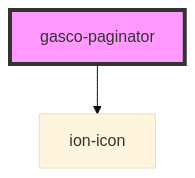
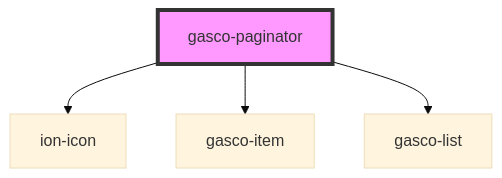
Before and after one commit to lac617a/gasco-core: the diagram in core/src/components/gasco-paginator/readme.md, drawn with Mermaid (base theme). The commit also changed other lines of this file and 22 other files, not shown here.

````diff
--- a/core/src/components/gasco-paginator/readme.md
+++ b/core/src/components/gasco-paginator/readme.md
@@ -35,5 +37,7 @@
 ```mermaid
 graph TD;
   gasco-paginator --> ion-icon
+  gasco-paginator --> gasco-item
+  gasco-paginator --> gasco-list
   style gasco-paginator fill:#f9f,stroke:#333,stroke-width:4px
 ```
````
